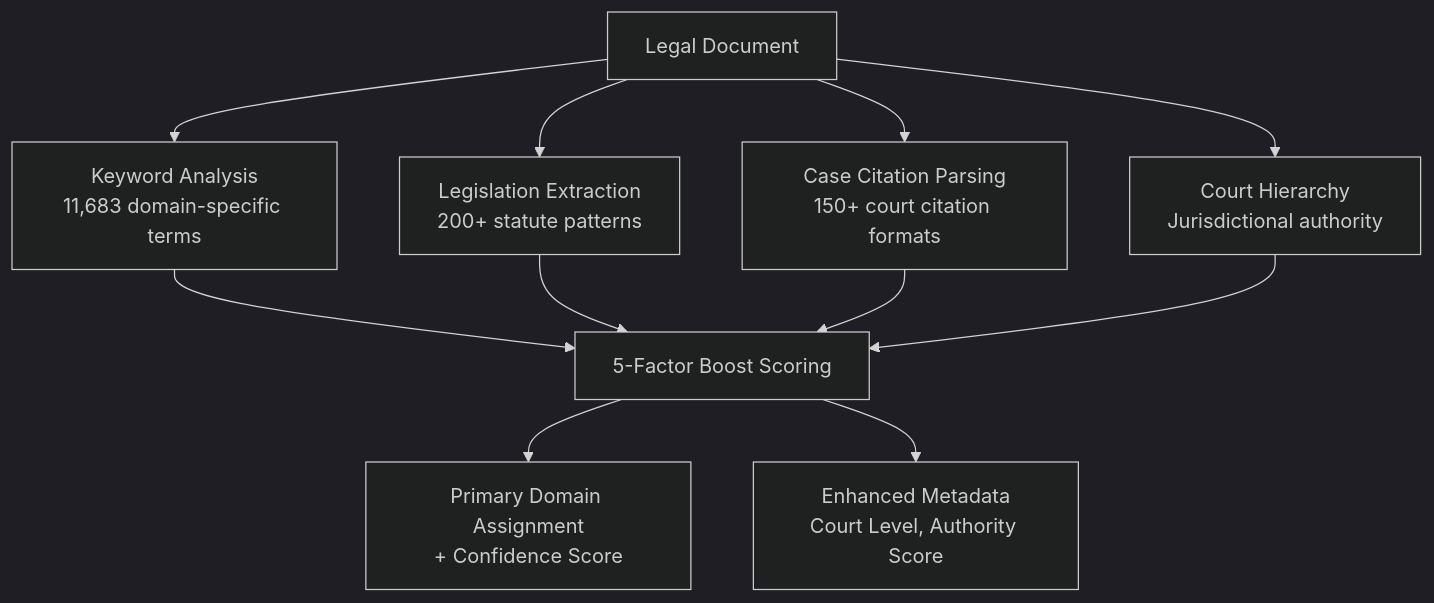
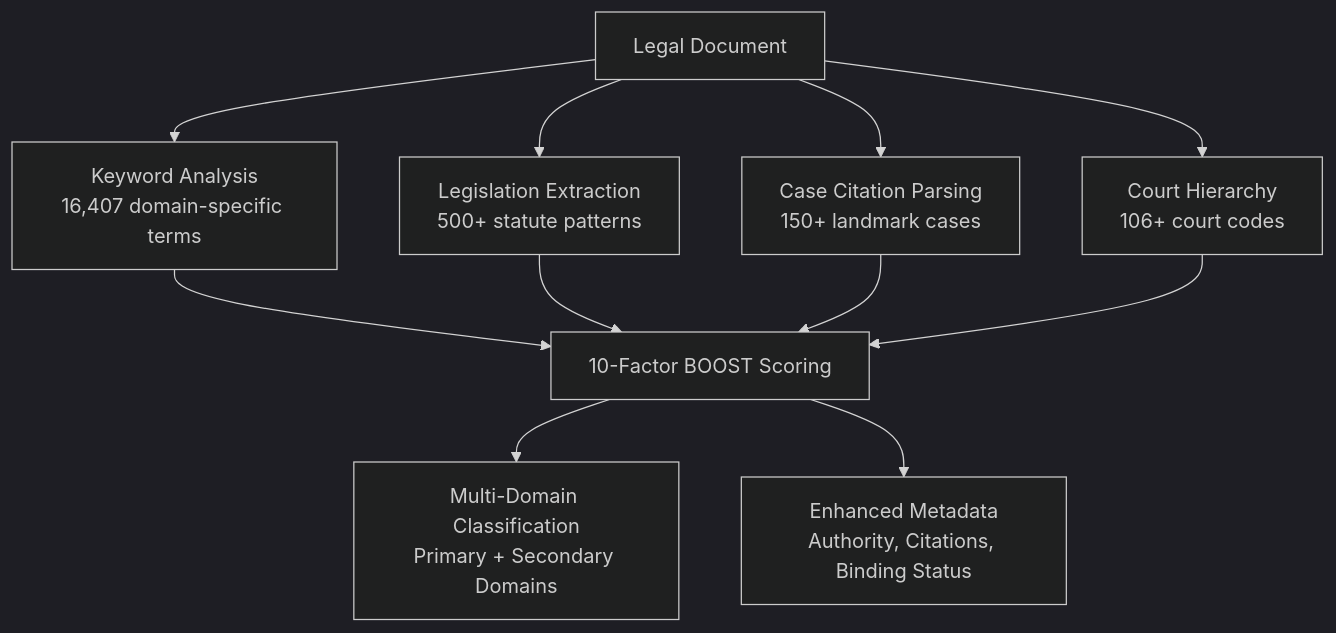
Diagram 15 of 18 in README.md (Verridian-ai/Functional-Structure-of-Episodic-Memory), drawn with Mermaid (dark theme) before and after one commit. The commit also changed other lines of this file and 24 other files, not shown here.

First line of the commit message:
feat: Complete classification system overhaul with multi-domain support

````diff
--- a/README.md
+++ b/README.md
@@ -1118,15 +1463,15 @@
 ```mermaid
 flowchart TB
-    DOC[Legal Document] --> KW[Keyword Analysis<br/>11,683 domain-specific terms]
-    DOC --> LEG[Legislation Extraction<br/>200+ statute patterns]
-    DOC --> CASE[Case Citation Parsing<br/>150+ court citation formats]
-    DOC --> COURT[Court Hierarchy<br/>Jurisdictional authority]
+    DOC[Legal Document] --> KW[Keyword Analysis<br/>16,407 domain-specific terms]
+    DOC --> LEG[Legislation Extraction<br/>500+ statute patterns]
+    DOC --> CASE[Case Citation Parsing<br/>150+ landmark cases]
+    DOC --> COURT[Court Hierarchy<br/>106+ court codes]
 
-    KW --> BOOST[5-Factor Boost Scoring]
+    KW --> BOOST[10-Factor BOOST Scoring]
     LEG --> BOOST
     CASE --> BOOST
     COURT --> BOOST
 
-    BOOST --> DOMAIN[Primary Domain Assignment<br/>+ Confidence Score]
-    BOOST --> META[Enhanced Metadata<br/>Court Level, Authority Score]
+    BOOST --> DOMAIN[Multi-Domain Classification<br/>Primary + Secondary Domains]
+    BOOST --> META[Enhanced Metadata<br/>Authority, Citations, Binding Status]
 ```
````
